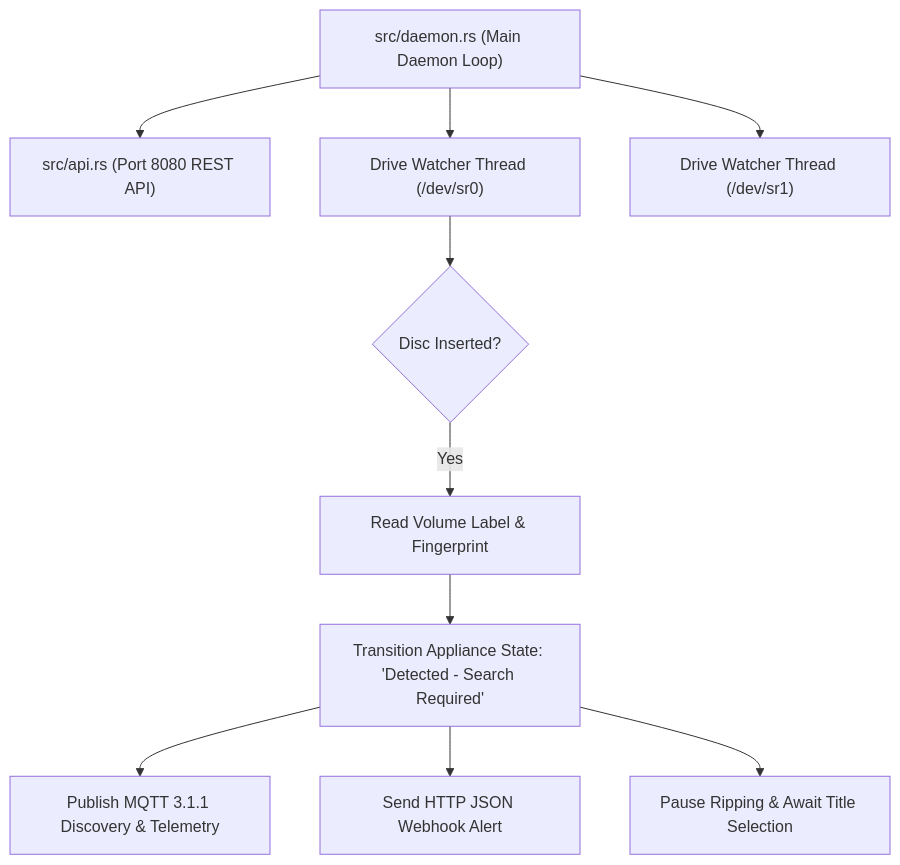
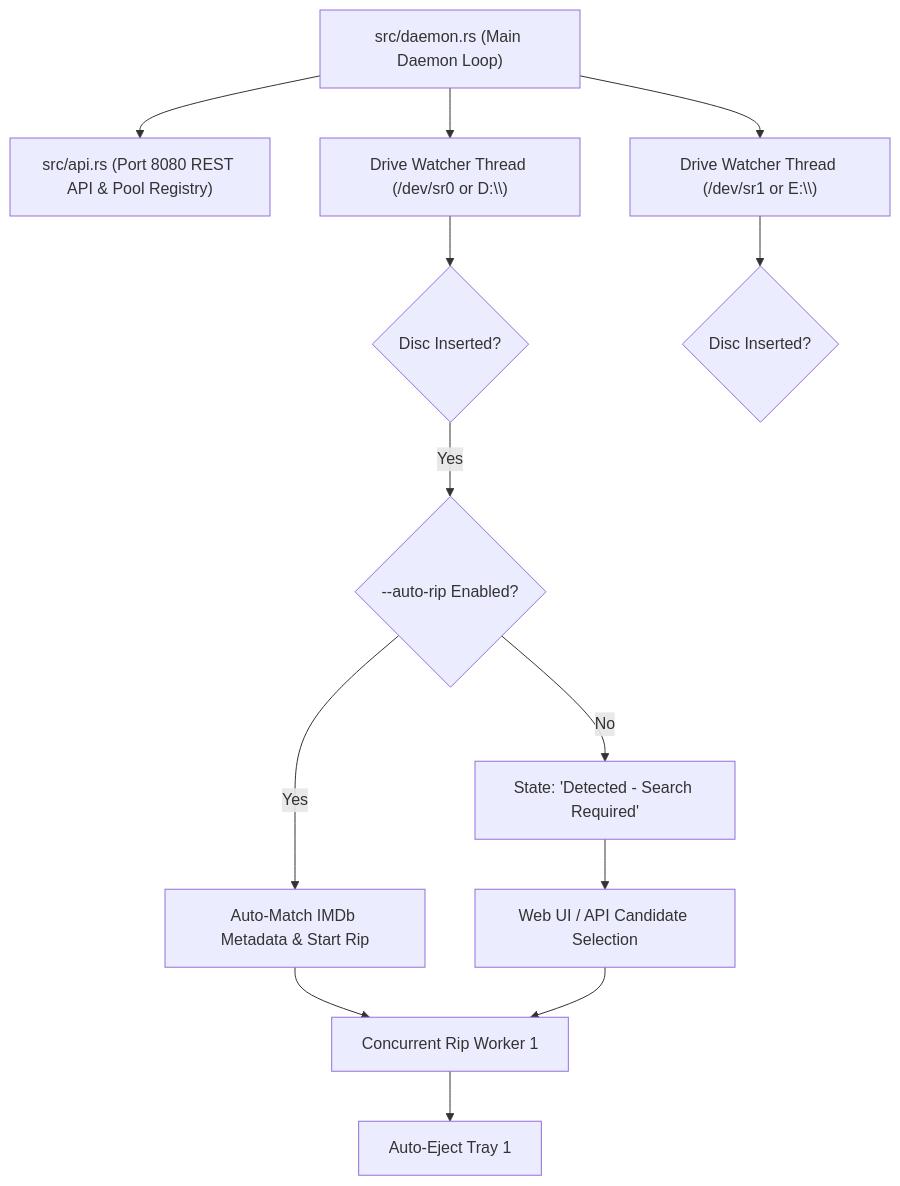
The diagram in docs/DAEMON_APPLIANCE_MODE.md (clockworkengineer/dvd-ripper), drawn with Mermaid before and after one commit. The commit also changed other lines of this file and 10 other files, not shown here.

First line of the commit message:
feat: add multi-drive daemon pool, auto-rip, and on-the-fly subtitle OCR engine

````diff
--- a/docs/DAEMON_APPLIANCE_MODE.md
+++ b/docs/DAEMON_APPLIANCE_MODE.md
@@ -31,12 +38,15 @@
 ```mermaid
 graph TD
-    Daemon["src/daemon.rs (Main Daemon Loop)"] --> API["src/api.rs (Port 8080 REST API)"]
-    Daemon --> Watcher1["Drive Watcher Thread (/dev/sr0)"]
-    Daemon --> Watcher2["Drive Watcher Thread (/dev/sr1)"]
-    Watcher1 --> DiscCheck{"Disc Inserted?"}
-    DiscCheck -- Yes --> VolLabel["Read Volume Label & Fingerprint"]
-    VolLabel --> StatusUpdate["Transition Appliance State: 'Detected - Search Required'"]
-    StatusUpdate --> MQTT["Publish MQTT 3.1.1 Discovery & Telemetry"]
-    StatusUpdate --> Webhook["Send HTTP JSON Webhook Alert"]
-    StatusUpdate --> Pause["Pause Ripping & Await Title Selection"]
+    Daemon["src/daemon.rs (Main Daemon Loop)"] --> API["src/api.rs (Port 8080 REST API & Pool Registry)"]
+    Daemon --> Watcher1["Drive Watcher Thread (/dev/sr0 or D:\\)"]
+    Daemon --> Watcher2["Drive Watcher Thread (/dev/sr1 or E:\\)"]
+    Watcher1 --> DiscCheck1{"Disc Inserted?"}
+    Watcher2 --> DiscCheck2{"Disc Inserted?"}
+    DiscCheck1 -- Yes --> AutoCheck1{"--auto-rip Enabled?"}
+    AutoCheck1 -- Yes --> Query1["Auto-Match IMDb Metadata & Start Rip"]
+    AutoCheck1 -- No --> StatusUpdate1["State: 'Detected - Search Required'"]
+    StatusUpdate1 --> WebUI1["Web UI / API Candidate Selection"]
+    Query1 --> Rip1["Concurrent Rip Worker 1"]
+    WebUI1 --> Rip1
+    Rip1 --> Eject1["Auto-Eject Tray 1"]
 ```
````
